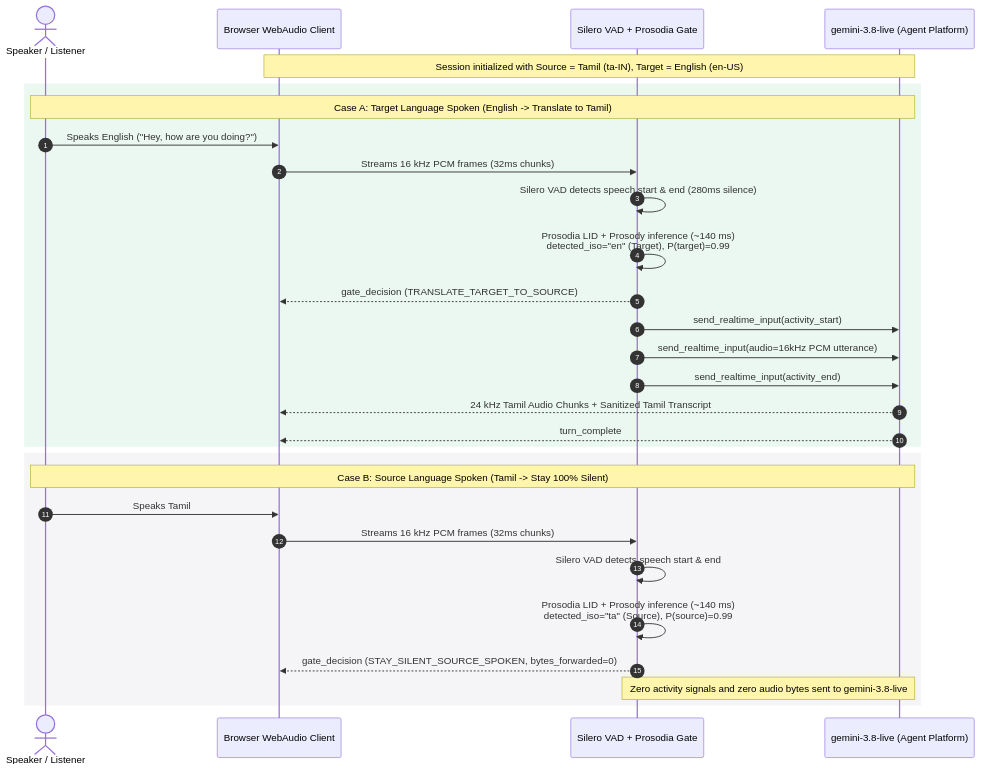
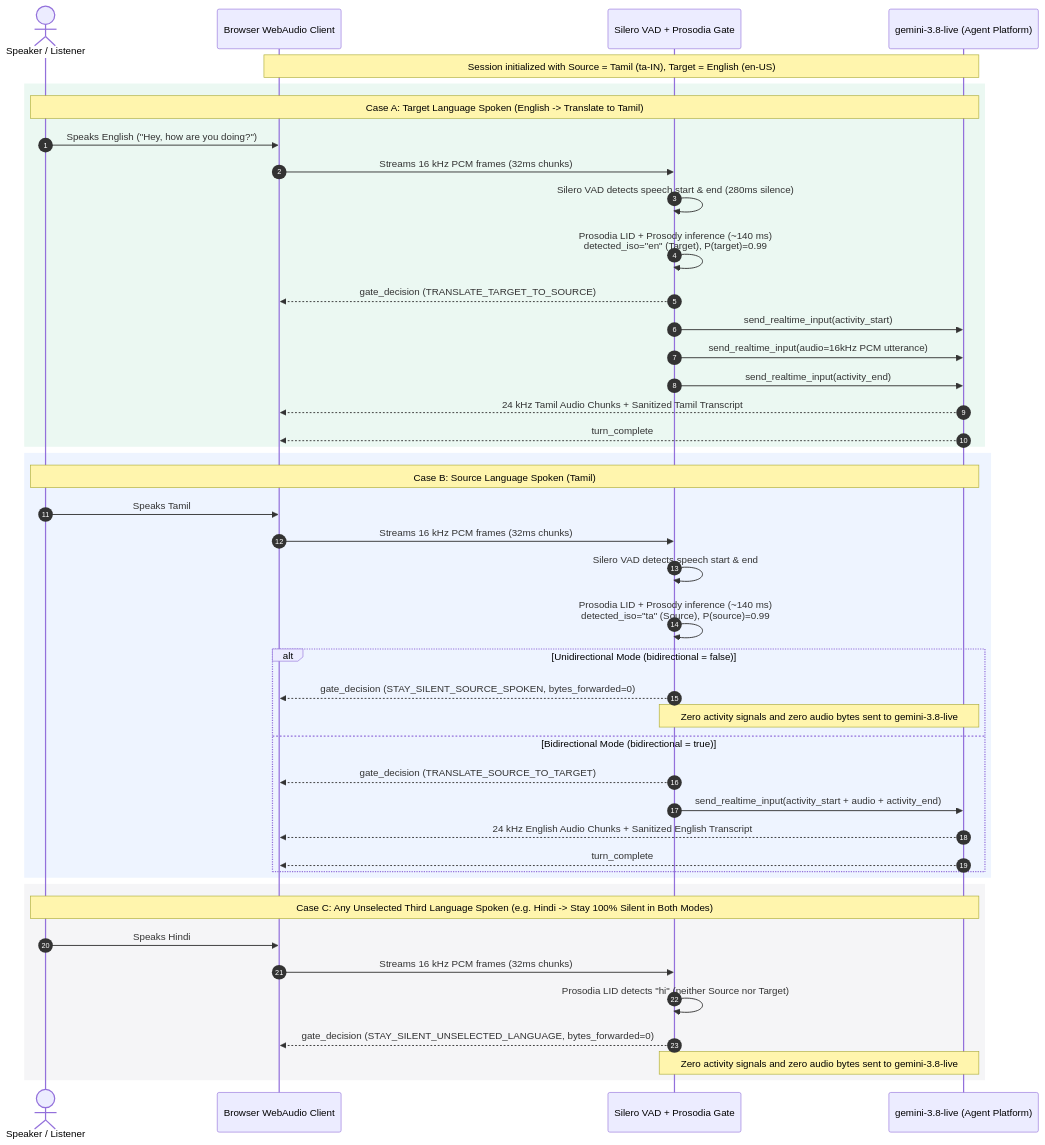
Before and after one commit to kkrishnan90/Gemini-Live-Translation-Bidirectional-Unidirectional: the second of 2 diagrams in README.md, drawn with Mermaid. The commit also changed other lines of this file and 1 other file, not shown here.

Commit message:
docs: rename repository to Gemini Live Translation - Bidirectional & Unidirectional

````diff
--- a/README.md
+++ b/README.md
@@ -74,34 +74,50 @@
 ```mermaid
 sequenceDiagram
     autonumber
     actor User as Speaker / Listener
     participant Browser as Browser WebAudio Client
     participant Gate as Silero VAD + Prosodia Gate
     participant Gemini as gemini-3.8-live (Agent Platform)
 
     Note over Browser,Gemini: Session initialized with Source = Tamil (ta-IN), Target = English (en-US)
 
     rect rgb(235, 248, 242)
         Note over User,Gemini: Case A: Target Language Spoken (English -> Translate to Tamil)
         User->>Browser: Speaks English ("Hey, how are you doing?")
         Browser->>Gate: Streams 16 kHz PCM frames (32ms chunks)
         Gate->>Gate: Silero VAD detects speech start & end (280ms silence)
         Gate->>Gate: Prosodia LID + Prosody inference (~140 ms)<br/>detected_iso="en" (Target), P(target)=0.99
         Gate-->>Browser: gate_decision (TRANSLATE_TARGET_TO_SOURCE)
         Gate->>Gemini: send_realtime_input(activity_start)
         Gate->>Gemini: send_realtime_input(audio=16kHz PCM utterance)
         Gate->>Gemini: send_realtime_input(activity_end)
         Gemini-->>Browser: 24 kHz Tamil Audio Chunks + Sanitized Tamil Transcript
         Gemini-->>Browser: turn_complete
     end
 
-    rect rgb(245, 245, 247)
-        Note over User,Gemini: Case B: Source Language Spoken (Tamil -> Stay 100% Silent)
+    rect rgb(238, 244, 255)
+        Note over User,Gemini: Case B: Source Language Spoken (Tamil)
         User->>Browser: Speaks Tamil
         Browser->>Gate: Streams 16 kHz PCM frames (32ms chunks)
         Gate->>Gate: Silero VAD detects speech start & end
         Gate->>Gate: Prosodia LID + Prosody inference (~140 ms)<br/>detected_iso="ta" (Source), P(source)=0.99
-        Gate-->>Browser: gate_decision (STAY_SILENT_SOURCE_SPOKEN, bytes_forwarded=0)
+        alt Unidirectional Mode (bidirectional = false)
+            Gate-->>Browser: gate_decision (STAY_SILENT_SOURCE_SPOKEN, bytes_forwarded=0)
+            Note over Gate,Gemini: Zero activity signals and zero audio bytes sent to gemini-3.8-live
+        else Bidirectional Mode (bidirectional = true)
+            Gate-->>Browser: gate_decision (TRANSLATE_SOURCE_TO_TARGET)
+            Gate->>Gemini: send_realtime_input(activity_start + audio + activity_end)
+            Gemini-->>Browser: 24 kHz English Audio Chunks + Sanitized English Transcript
+            Gemini-->>Browser: turn_complete
+        end
+    end
+
+    rect rgb(245, 245, 247)
+        Note over User,Gemini: Case C: Any Unselected Third Language Spoken (e.g. Hindi -> Stay 100% Silent in Both Modes)
+        User->>Browser: Speaks Hindi
+        Browser->>Gate: Streams 16 kHz PCM frames (32ms chunks)
+        Gate->>Gate: Prosodia LID detects "hi" (neither Source nor Target)
+        Gate-->>Browser: gate_decision (STAY_SILENT_UNSELECTED_LANGUAGE, bytes_forwarded=0)
         Note over Gate,Gemini: Zero activity signals and zero audio bytes sent to gemini-3.8-live
     end
 ```
````
